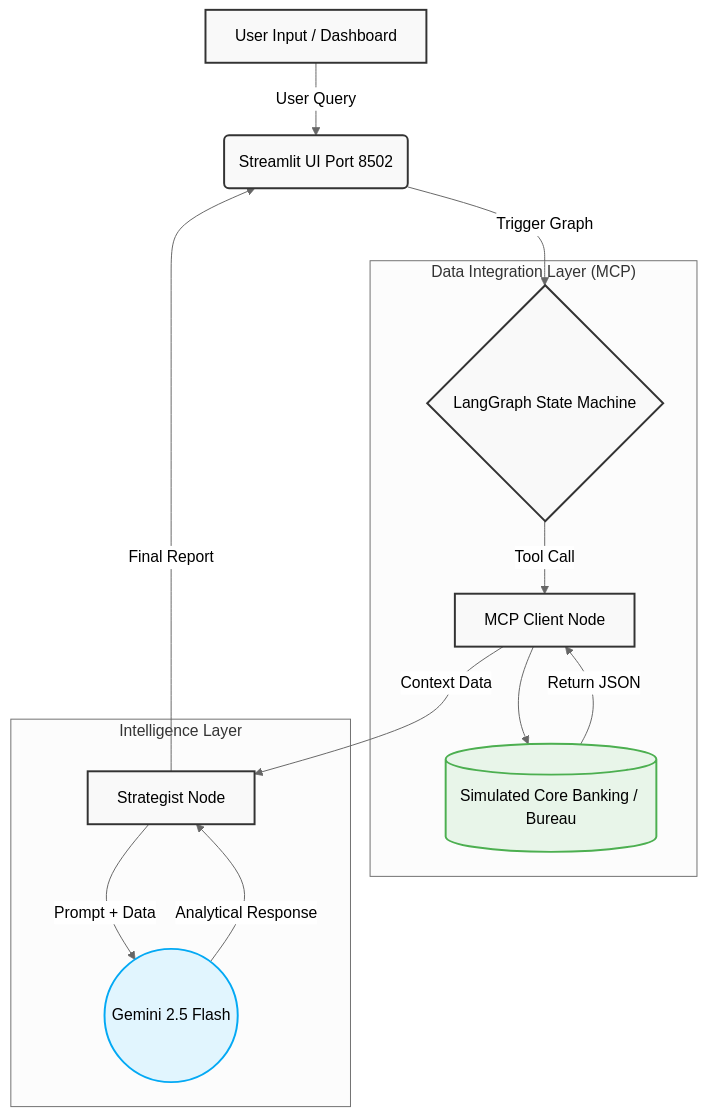
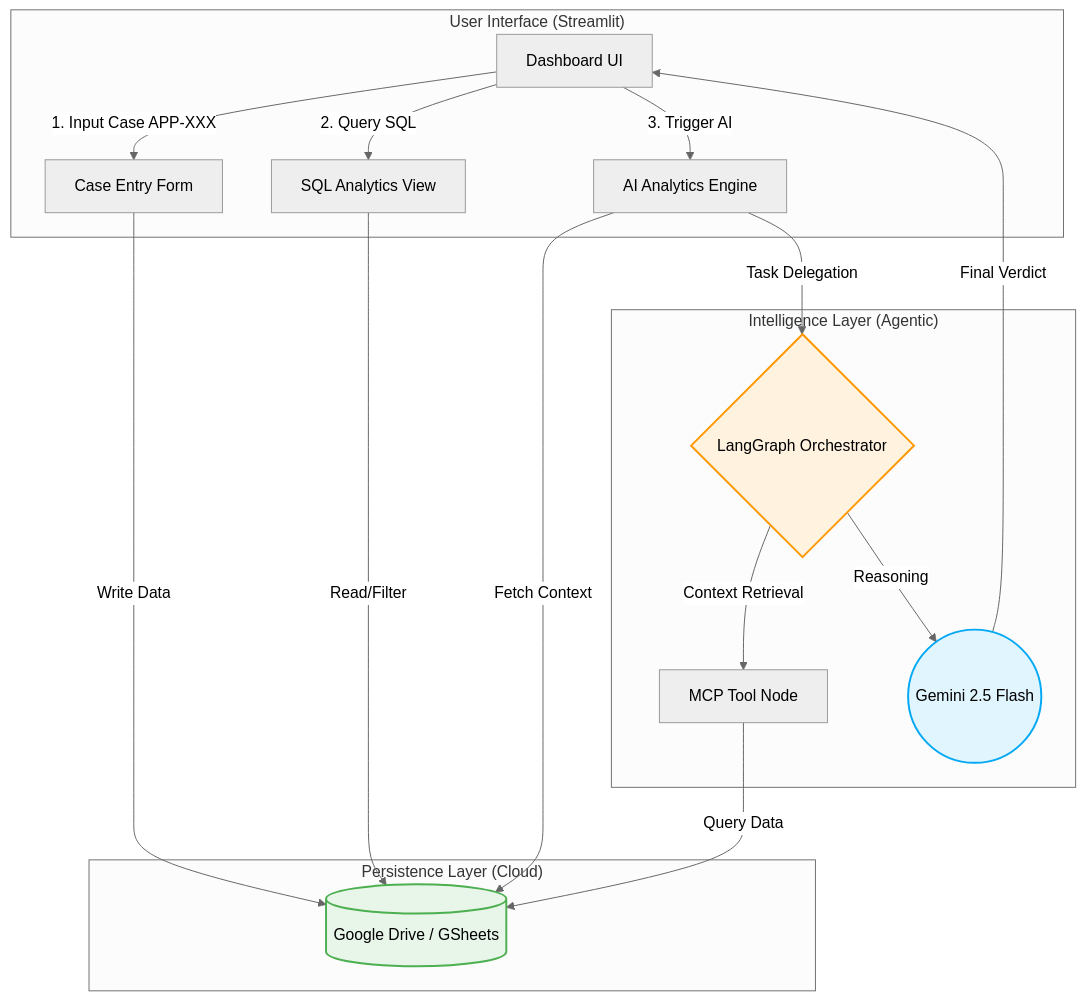
Before and after one commit to felixyustian/enterprise_ai_context_engine_fraud_risk_marketing: the diagram in README.md, drawn with Mermaid (neutral theme). The commit also changed other lines of this file, not shown here.

````diff
--- a/README.md
+++ b/README.md
@@ -34,25 +34,26 @@
 ```mermaid
 graph TD
-    A[User Input / Dashboard] -->|User Query| B(Streamlit UI Port 8502)
-    B -->|Trigger Graph| C{LangGraph State Machine}
-    
-    subgraph "Data Integration Layer (MCP)"
-    C -->|Tool Call| D[MCP Client Node]
-    D --> E[(Simulated Core Banking / Bureau)]
-    E -->|Return JSON| D
+    subgraph "User Interface (Streamlit)"
+    UI[Dashboard UI] -->|1. Input Case APP-XXX| CE[Case Entry Form]
+    UI -->|2. Query SQL| SQL[SQL Analytics View]
+    UI -->|3. Trigger AI| AE[AI Analytics Engine]
     end
 
-    subgraph "Intelligence Layer"
-    D -->|Context Data| F[Strategist Node]
-    F -->|Prompt + Data| G((Gemini 2.5 Flash))
-    G -->|Analytical Response| F
+    subgraph "Persistence Layer (Cloud)"
+    CE -->|Write Data| GD[(Google Drive / GSheets)]
+    SQL -->|Read/Filter| GD
+    AE -->|Fetch Context| GD
     end
-    
-    F -->|Final Report| B
-    
-    classDef default fill:#f9f9f9,stroke:#333,stroke-width:2px;
-    classDef llm fill:#e1f5fe,stroke:#03a9f4,stroke-width:2px;
-    classDef db fill:#e8f5e9,stroke:#4caf50,stroke-width:2px;
-    class G llm;
-    class E db;
+
+    subgraph "Intelligence Layer (Agentic)"
+    AE -->|Task Delegation| LG{LangGraph Orchestrator}
+    LG -->|Context Retrieval| MCP[MCP Tool Node]
+    MCP -->|Query Data| GD
+    LG -->|Reasoning| GEM((Gemini 2.5 Flash))
+    GEM -->|Final Verdict| UI
+    end
+
+    style GEM fill:#e1f5fe,stroke:#03a9f4,stroke-width:2px
+    style GD fill:#e8f5e9,stroke:#4caf50,stroke-width:2px
+    style LG fill:#fff3e0,stroke:#ff9800,stroke-width:2px
 ```
````
